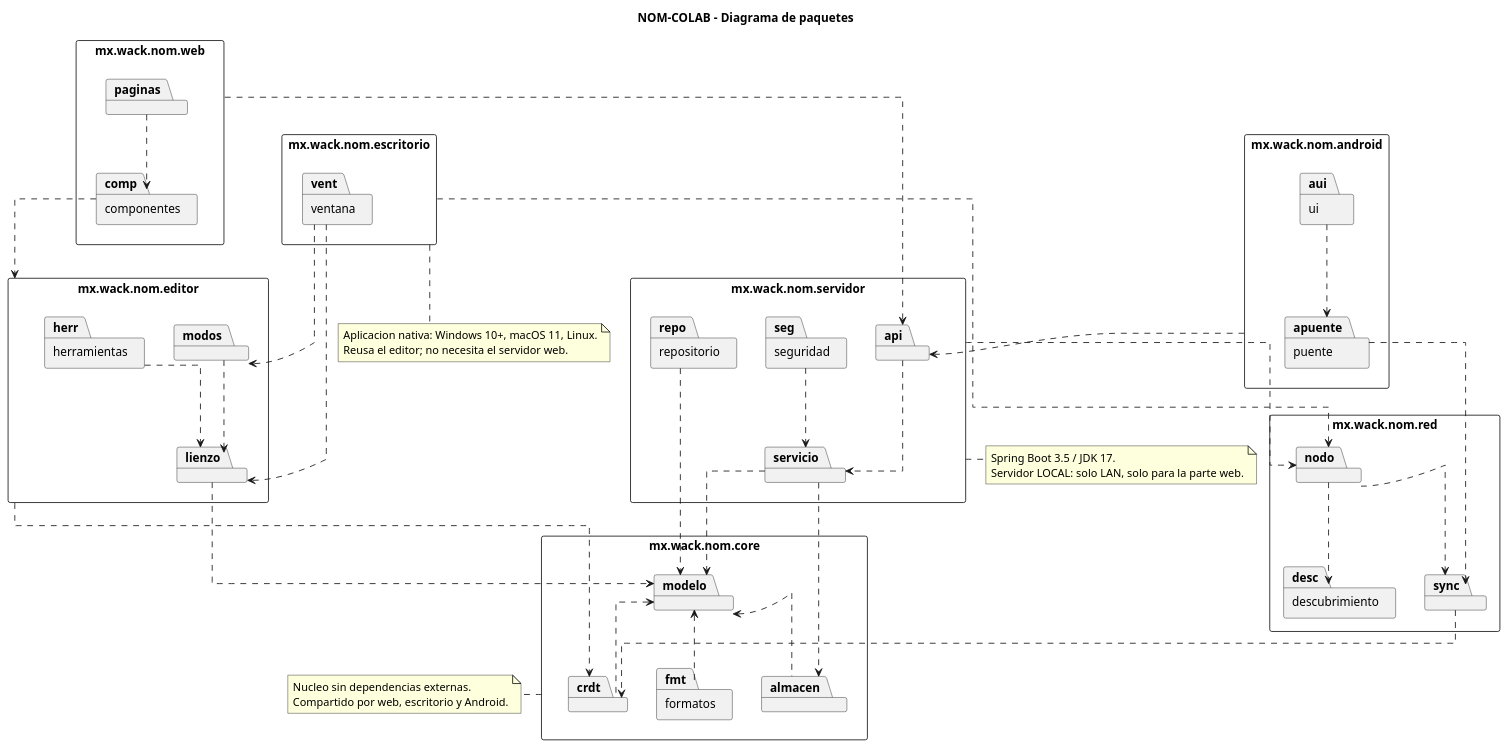
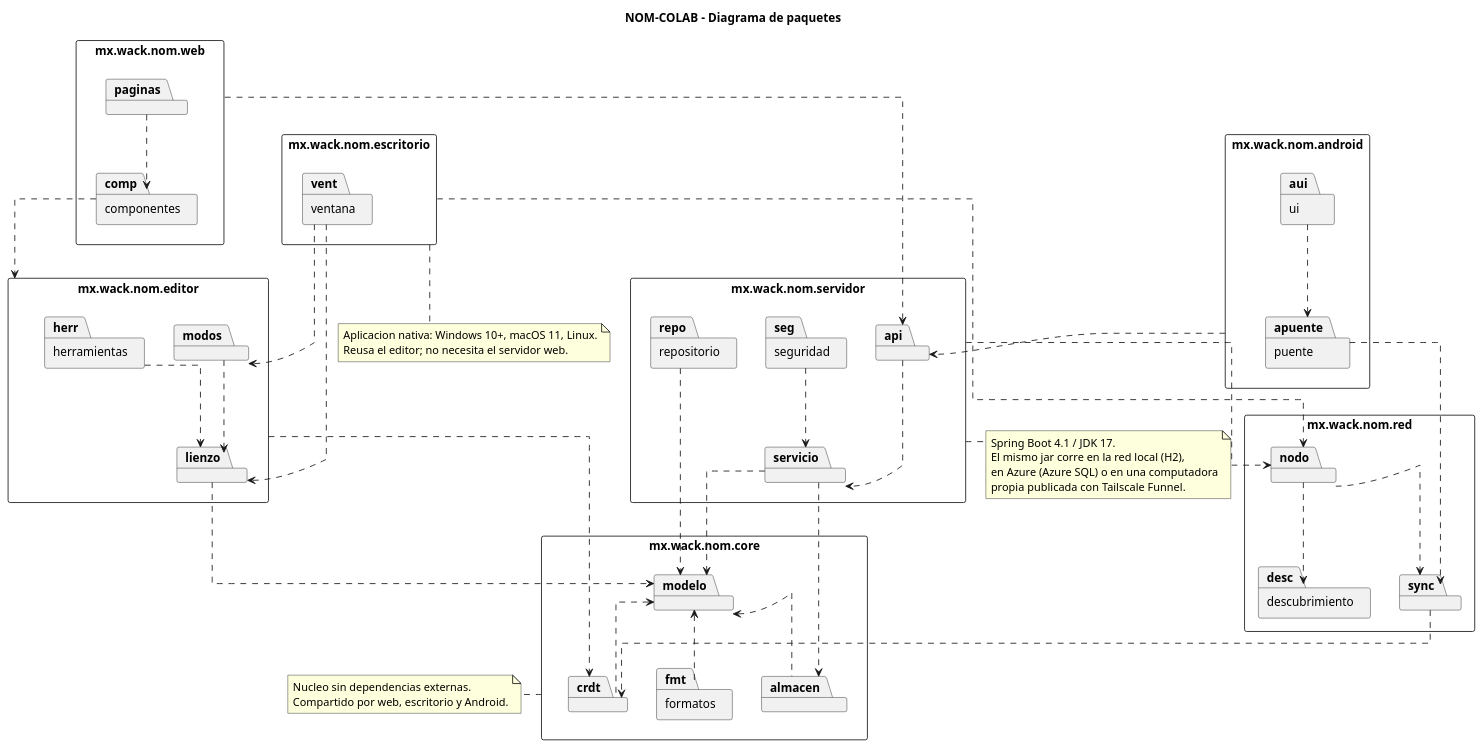
One commit to TruTruMaster/NOM-COLAB changed the diagram in 4-CODIGO/diagramas/src/02-paquetes.puml. Above: the diagram before and after it, drawn with PlantUML. The commit also changed 105 other files, not shown here.

First line of the commit message:
Sin administrador general, seguridad con roles en la base y servidor propio

```diff
--- a/4-CODIGO/diagramas/src/02-paquetes.puml
+++ b/4-CODIGO/diagramas/src/02-paquetes.puml
@@ -1,94 +1,96 @@
 @startuml 02-paquetes
 title NOM-COLAB - Diagrama de paquetes
 skinparam shadowing false
 skinparam linetype ortho
 skinparam packageStyle rectangle
 
 package "mx.wack.nom.core" as core {
   package "modelo" as modelo
   package "crdt" as crdt
   package "almacen" as almacen
   package "formatos" as fmt
 }
 
 package "mx.wack.nom.editor" as editor {
   package "lienzo" as lienzo
   package "modos" as modos
   package "herramientas" as herr
 }
 
 package "mx.wack.nom.red" as red {
   package "nodo" as nodo
   package "descubrimiento" as desc
   package "sync" as sync
 }
 
 package "mx.wack.nom.servidor" as servidor {
   package "api" as api
   package "servicio" as servicio
   package "repositorio" as repo
   package "seguridad" as seg
 }
 
 package "mx.wack.nom.web" as web {
   package "paginas" as paginas
   package "componentes" as comp
 }
 
 package "mx.wack.nom.escritorio" as esc {
   package "ventana" as vent
 }
 
 package "mx.wack.nom.android" as android {
   package "ui" as aui
   package "puente" as apuente
 }
 
 ' dependencias (siempre hacia el nucleo)
 modelo <.. crdt
 modelo <.. almacen
 modelo <.. fmt
 
 lienzo ..> modelo
 modos ..> lienzo
 herr ..> lienzo
 editor ..> crdt
 
 sync ..> crdt
 nodo ..> sync
 nodo ..> desc
 
 servicio ..> modelo
 servicio ..> almacen
 repo ..> modelo
 api ..> servicio
 seg ..> servicio
 servidor ..> nodo
 
 comp ..> editor
 paginas ..> comp
 web ..> api
 
 vent ..> lienzo
 vent ..> modos
 esc ..> nodo
 
 aui ..> apuente
 apuente ..> sync
 android ..> api
 
 note bottom of core
   Nucleo sin dependencias externas.
   Compartido por web, escritorio y Android.
 end note
 
 note bottom of esc
   Aplicacion nativa: Windows 10+, macOS 11, Linux.
   Reusa el editor; no necesita el servidor web.
 end note
 
 note bottom of servidor
-  Spring Boot 3.5 / JDK 17.
-  Servidor LOCAL: solo LAN, solo para la parte web.
+  Spring Boot 4.1 / JDK 17.
+  El mismo jar corre en la red local (H2),
+  en Azure (Azure SQL) o en una computadora
+  propia publicada con Tailscale Funnel.
 end note
 @enduml
```
